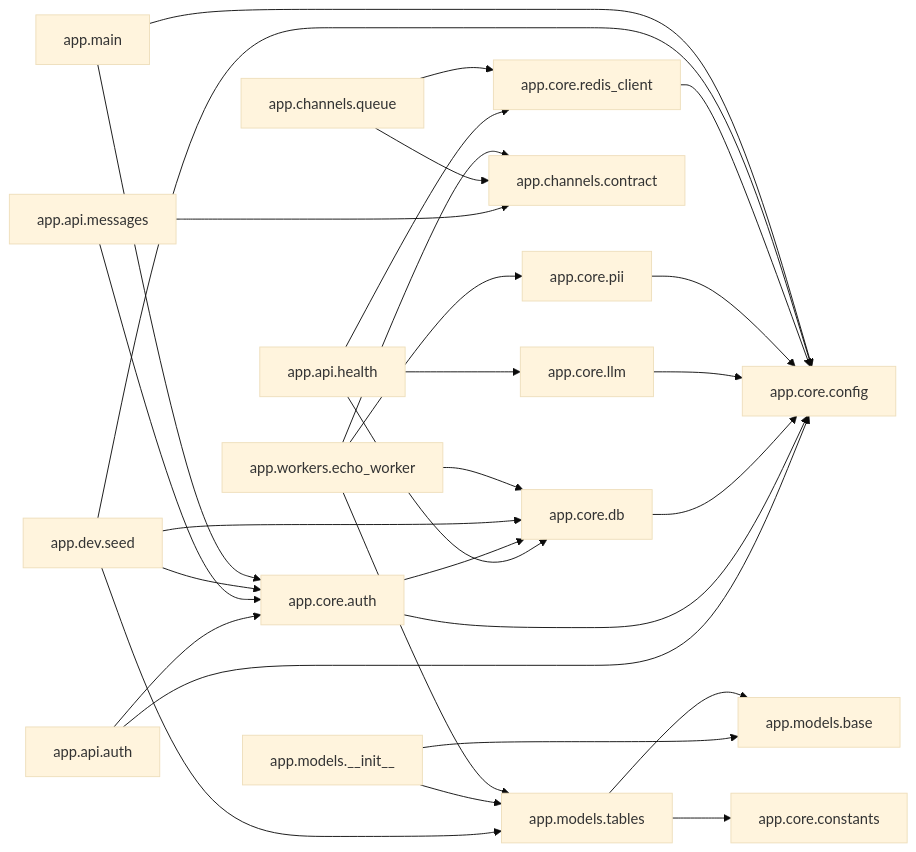
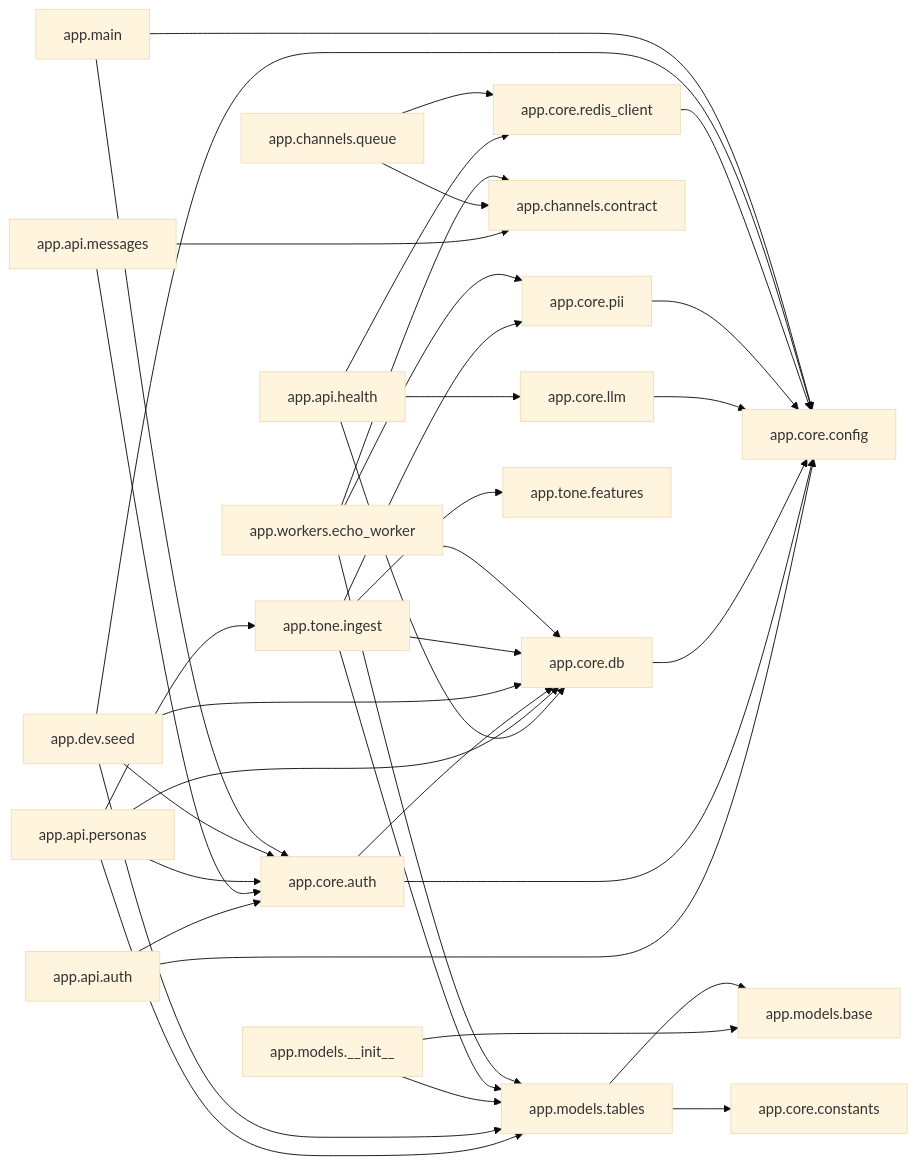
One commit to abhisheksharma001/Vachan-ai changed the diagram in docs/wiki/CODEMAP.md. Above: the diagram before and after it, drawn with Mermaid (base theme). The commit also changed other lines of this file and 6 other files, not shown here.

````diff
--- a/docs/wiki/CODEMAP.md
+++ b/docs/wiki/CODEMAP.md
@@ -12,32 +12,40 @@
 ```mermaid
 graph LR
   app_api_auth[app.api.auth] --> app_core_auth[app.core.auth]
   app_api_auth[app.api.auth] --> app_core_config[app.core.config]
   app_api_health[app.api.health] --> app_core_db[app.core.db]
   app_api_health[app.api.health] --> app_core_llm[app.core.llm]
   app_api_health[app.api.health] --> app_core_redis_client[app.core.redis_client]
   app_api_messages[app.api.messages] --> app_channels_contract[app.channels.contract]
   app_api_messages[app.api.messages] --> app_core_auth[app.core.auth]
+  app_api_personas[app.api.personas] --> app_core_auth[app.core.auth]
+  app_api_personas[app.api.personas] --> app_core_db[app.core.db]
+  app_api_personas[app.api.personas] --> app_models_tables[app.models.tables]
+  app_api_personas[app.api.personas] --> app_tone_ingest[app.tone.ingest]
   app_channels_queue[app.channels.queue] --> app_channels_contract[app.channels.contract]
   app_channels_queue[app.channels.queue] --> app_core_redis_client[app.core.redis_client]
   app_core_auth[app.core.auth] --> app_core_config[app.core.config]
   app_core_auth[app.core.auth] --> app_core_db[app.core.db]
   app_core_db[app.core.db] --> app_core_config[app.core.config]
   app_core_llm[app.core.llm] --> app_core_config[app.core.config]
   app_core_pii[app.core.pii] --> app_core_config[app.core.config]
   app_core_redis_client[app.core.redis_client] --> app_core_config[app.core.config]
   app_dev_seed[app.dev.seed] --> app_core_auth[app.core.auth]
   app_dev_seed[app.dev.seed] --> app_core_config[app.core.config]
   app_dev_seed[app.dev.seed] --> app_core_db[app.core.db]
   app_dev_seed[app.dev.seed] --> app_models_tables[app.models.tables]
   app_main[app.main] --> app_core_auth[app.core.auth]
   app_main[app.main] --> app_core_config[app.core.config]
   app_models___init__[app.models.__init__] --> app_models_base[app.models.base]
   app_models___init__[app.models.__init__] --> app_models_tables[app.models.tables]
   app_models_tables[app.models.tables] --> app_core_constants[app.core.constants]
   app_models_tables[app.models.tables] --> app_models_base[app.models.base]
+  app_tone_ingest[app.tone.ingest] --> app_core_db[app.core.db]
+  app_tone_ingest[app.tone.ingest] --> app_core_pii[app.core.pii]
+  app_tone_ingest[app.tone.ingest] --> app_models_tables[app.models.tables]
+  app_tone_ingest[app.tone.ingest] --> app_tone_features[app.tone.features]
   app_workers_echo_worker[app.workers.echo_worker] --> app_channels_contract[app.channels.contract]
   app_workers_echo_worker[app.workers.echo_worker] --> app_core_db[app.core.db]
   app_workers_echo_worker[app.workers.echo_worker] --> app_core_pii[app.core.pii]
   app_workers_echo_worker[app.workers.echo_worker] --> app_models_tables[app.models.tables]
 ```
````
